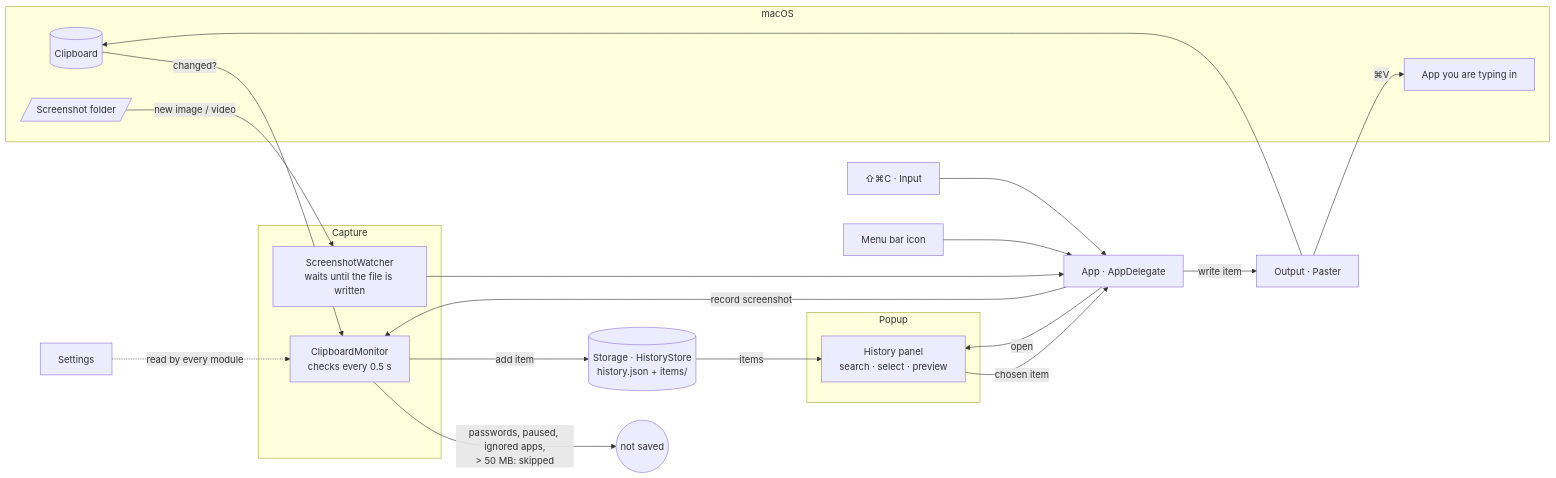
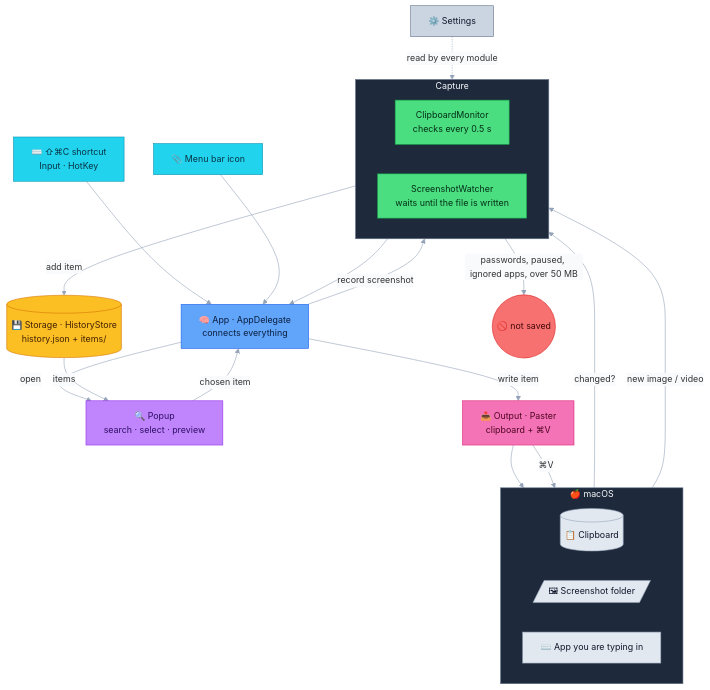
One commit to vadichw/Pasty changed the first of 2 diagrams in README.md. Above: the diagram before and after it, drawn with Mermaid. The commit also changed other lines of this file and 1 other file, not shown here.

Commit message:
README: app icon, colored flow diagram

````diff
--- a/README.md
+++ b/README.md
@@ -81,37 +85,61 @@
 ```mermaid
-flowchart LR
-    subgraph mac["macOS"]
-        CB[("Clipboard")]
-        SF[/"Screenshot folder"/]
-        FA["App you are typing in"]
+%%{init: {"theme": "base", "themeVariables": {"fontSize": "15px", "lineColor": "#94a3b8", "textColor": "#0f172a", "edgeLabelBackground": "#f8fafc", "clusterBkg": "#1e293b", "clusterBorder": "#64748b", "titleColor": "#f8fafc"}}}%%
+flowchart TB
+    subgraph mac["🍎 macOS"]
+        direction LR
+        CB[("📋 Clipboard")]
+        SF[/"🖼 Screenshot folder"/]
+        FA["⌨️ App you are typing in"]
     end
 
+    HK["⌨️ ⇧⌘C shortcut<br/>Input · HotKey"]
+    MB["📎 Menu bar icon"]
+
     subgraph capture["Capture"]
+        direction LR
         CM["ClipboardMonitor<br/>checks every 0.5 s"]
         SW["ScreenshotWatcher<br/>waits until the file is written"]
     end
 
-    HS[("Storage · HistoryStore<br/>history.json + items/")]
-
-    subgraph ui["Popup"]
-        PC["History panel<br/>search · select · preview"]
-    end
-
-    HK["⇧⌘C · Input"] --> AD
-    MB["Menu bar icon"] --> AD
-    AD["App · AppDelegate"]
-    PS["Output · Paster"]
-    ST["Settings"]
+    AD["🧠 App · AppDelegate<br/>connects everything"]
+    HS[("💾 Storage · HistoryStore<br/>history.json + items/")]
+    PC["🔍 Popup<br/>search · select · preview"]
+    PS["📤 Output · Paster<br/>clipboard + ⌘V"]
+    ST["⚙️ Settings"]
+    X(("🚫 not saved"))
 
     CB -- "changed?" --> CM
-    SF -- "new image / video" --> SW --> AD
+    SF -- "new image / video" --> SW
+    SW --> AD
     AD -- "record screenshot" --> CM
-    CM -- "passwords, paused, ignored apps,<br/>&gt; 50 MB: skipped" --> X(("not saved"))
+    CM -- "passwords, paused, ignored apps, over 50 MB" --> X
     CM -- "add item" --> HS
+    HK --> AD
+    MB --> AD
+    AD -- "open" --> PC
     HS -- "items" --> PC
-    AD -- "open" --> PC
     PC -- "chosen item" --> AD
-    AD -- "write item" --> PS --> CB
+    AD -- "write item" --> PS
+    PS --> CB
     PS -- "⌘V" --> FA
     ST -. "read by every module" .-> CM
+
+    classDef macos fill:#e2e8f0,stroke:#94a3b8,color:#0f172a
+    classDef input fill:#22d3ee,stroke:#0891b2,color:#083344
+    classDef capture fill:#4ade80,stroke:#16a34a,color:#052e16
+    classDef app fill:#60a5fa,stroke:#2563eb,color:#0b1e3f
+    classDef storage fill:#fbbf24,stroke:#d97706,color:#422006
+    classDef popup fill:#c084fc,stroke:#9333ea,color:#2e1065
+    classDef output fill:#f472b6,stroke:#db2777,color:#500724
+    classDef settings fill:#cbd5e1,stroke:#64748b,color:#0f172a
+    classDef skipped fill:#f87171,stroke:#dc2626,color:#450a0a
+    class CB,SF,FA macos
+    class HK,MB input
+    class CM,SW capture
+    class AD app
+    class HS storage
+    class PC popup
+    class PS output
+    class ST settings
+    class X skipped
 ```
````
